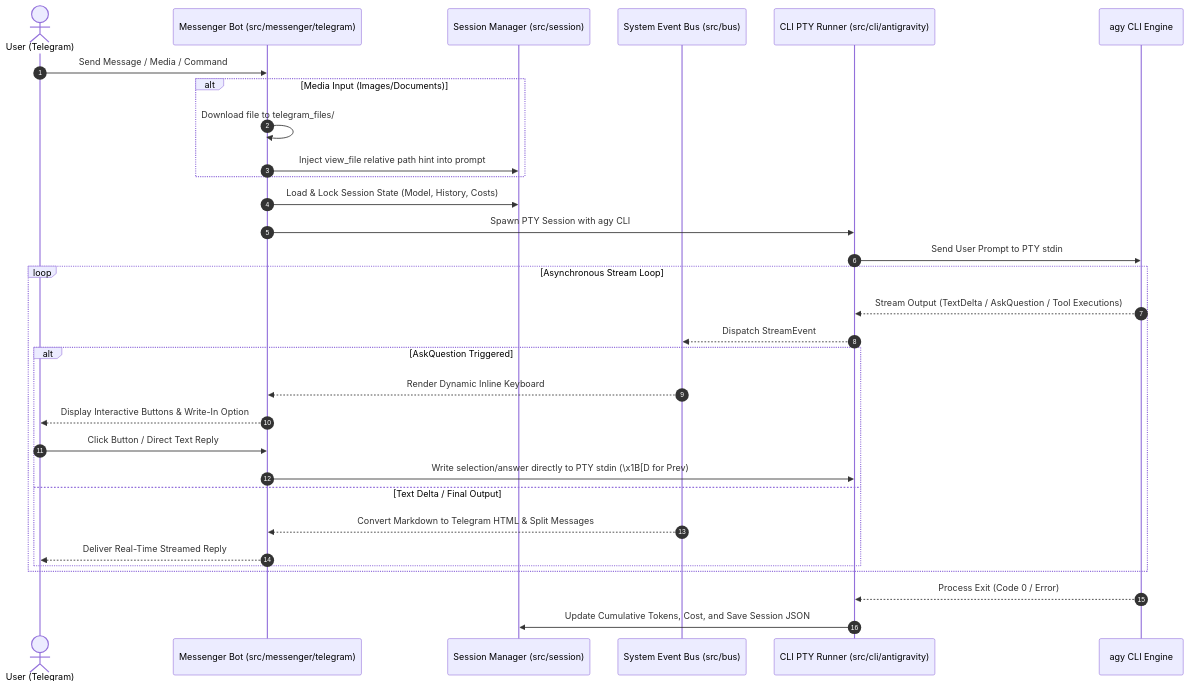
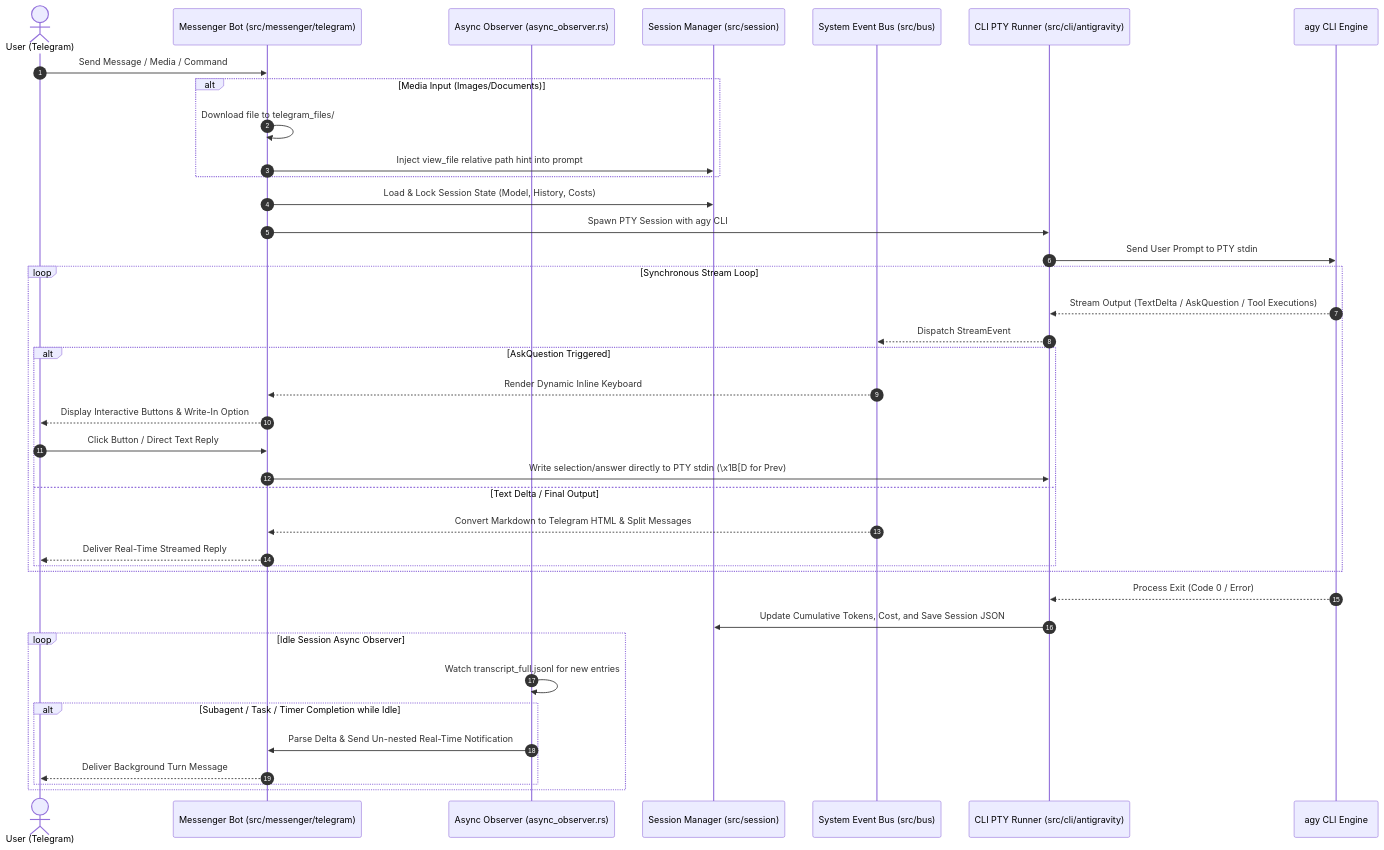
One commit to imwoo90/tuner changed the diagram in README.md. Above: the diagram before and after it, drawn with Mermaid. The commit also changed other lines of this file, not shown here.

Commit message:
docs: update README with async observer feature, self-upgrade, and lifecycle diagram

````diff
--- a/README.md
+++ b/README.md
@@ -43,36 +46,45 @@
 ```mermaid
 sequenceDiagram
     autonumber
     actor User as User (Telegram)
     participant Bot as Messenger Bot (src/messenger/telegram)
+    participant Observer as Async Observer (async_observer.rs)
     participant Session as Session Manager (src/session)
     participant Bus as System Event Bus (src/bus)
     participant PTY as CLI PTY Runner (src/cli/antigravity)
     participant AGY as agy CLI Engine
 
     User->>Bot: Send Message / Media / Command
     alt Media Input (Images/Documents)
         Bot->>Bot: Download file to telegram_files/
         Bot->>Session: Inject view_file relative path hint into prompt
     end
     Bot->>Session: Load & Lock Session State (Model, History, Costs)
     Bot->>PTY: Spawn PTY Session with agy CLI
     PTY->>AGY: Send User Prompt to PTY stdin
 
-    loop Asynchronous Stream Loop
+    loop Synchronous Stream Loop
         AGY-->>PTY: Stream Output (TextDelta / AskQuestion / Tool Executions)
         PTY-->>Bus: Dispatch StreamEvent
         alt AskQuestion Triggered
             Bus-->>Bot: Render Dynamic Inline Keyboard
             Bot-->>User: Display Interactive Buttons & Write-In Option
             User->>Bot: Click Button / Direct Text Reply
             Bot->>PTY: Write selection/answer directly to PTY stdin (\x1B[D for Prev)
         else Text Delta / Final Output
             Bus-->>Bot: Convert Markdown to Telegram HTML & Split Messages
             Bot-->>User: Deliver Real-Time Streamed Reply
         end
     end
 
     AGY-->>PTY: Process Exit (Code 0 / Error)
     PTY->>Session: Update Cumulative Tokens, Cost, and Save Session JSON
+
+    loop Idle Session Async Observer
+        Observer->>Observer: Watch transcript_full.jsonl for new entries
+        alt Subagent / Task / Timer Completion while Idle
+            Observer->>Bot: Parse Delta & Send Un-nested Real-Time Notification
+            Bot-->>User: Deliver Background Turn Message
+        end
+    end
 ```
````
